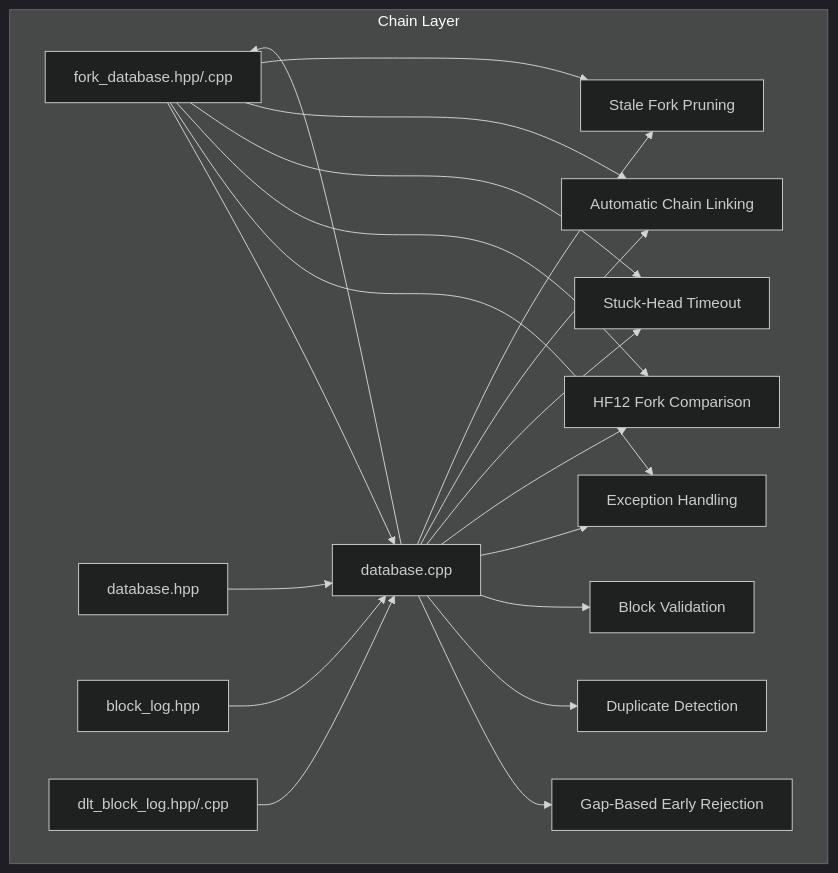
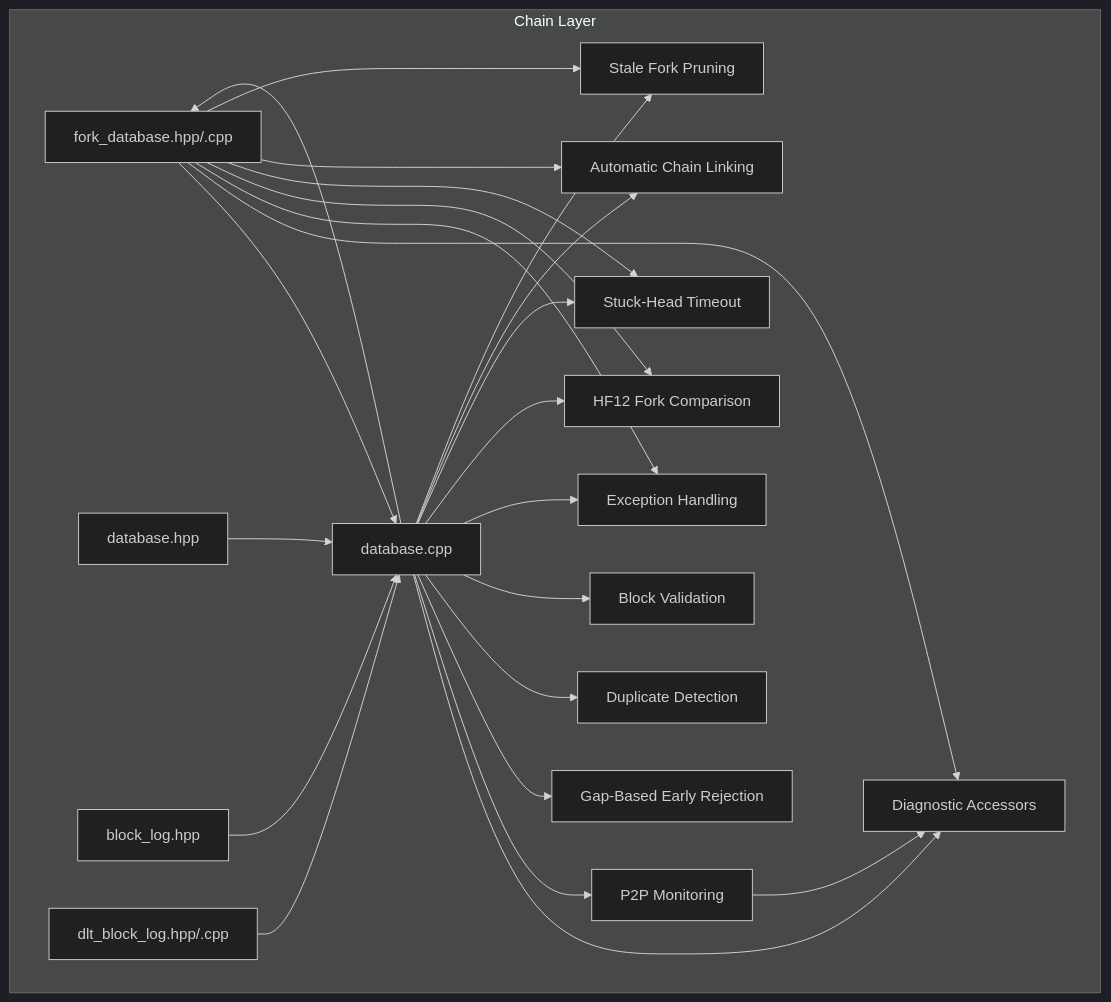
Before and after one commit to VIZ-Blockchain/viz-cpp-node: the first of 20 diagrams in .qoder/repowiki/en/content/Architecture Overview/Core Libraries/Chain Library/Fork Resolution and Consensus.md, drawn with Mermaid (dark theme). The commit also changed other lines of this file and 7 other files, not shown here.

````diff
--- a/.qoder/repowiki/en/content/Architecture Overview/Core Libraries/Chain Library/Fork Resolution and Consensus.md
+++ b/.qoder/repowiki/en/content/Architecture Overview/Core Libraries/Chain Library/Fork Resolution and Consensus.md
@@ -57,36 +58,42 @@
 ```mermaid
 graph TB
 subgraph "Chain Layer"
 FD["fork_database.hpp/.cpp"]
 DBH["database.hpp"]
 DBC["database.cpp"]
 BLH["block_log.hpp"]
 DLTH["dlt_block_log.hpp/.cpp"]
+DIAG["Diagnostic Accessors"]
+PMON["P2P Monitoring"]
 END["Gap-Based Early Rejection"]
 END2["Duplicate Detection"]
 END3["Block Validation"]
 END4["Exception Handling"]
 END5["HF12 Fork Comparison"]
 END6["Stuck-Head Timeout"]
 END7["Automatic Chain Linking"]
 END8["Stale Fork Pruning"]
 end
 FD --> DBC
 DBH --> DBC
 BLH --> DBC
 DLTH --> DBC
 DBC --> FD
+DBC --> DIAG
+DBC --> PMON
 DBC --> END
 DBC --> END2
 DBC --> END3
 DBC --> END4
 DBC --> END5
 DBC --> END6
 DBC --> END7
 DBC --> END8
+FD --> DIAG
 FD --> END4
 FD --> END5
 FD --> END6
 FD --> END7
 FD --> END8
+PMON --> DIAG
 ```
````
